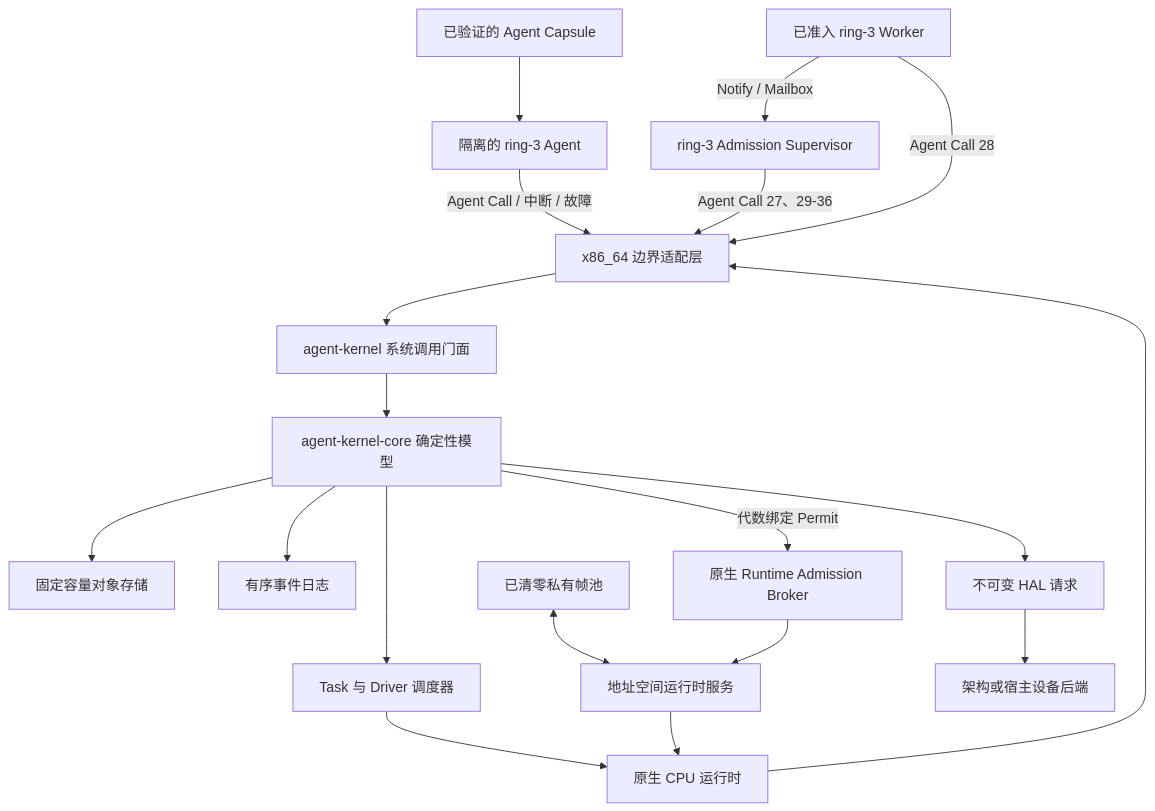
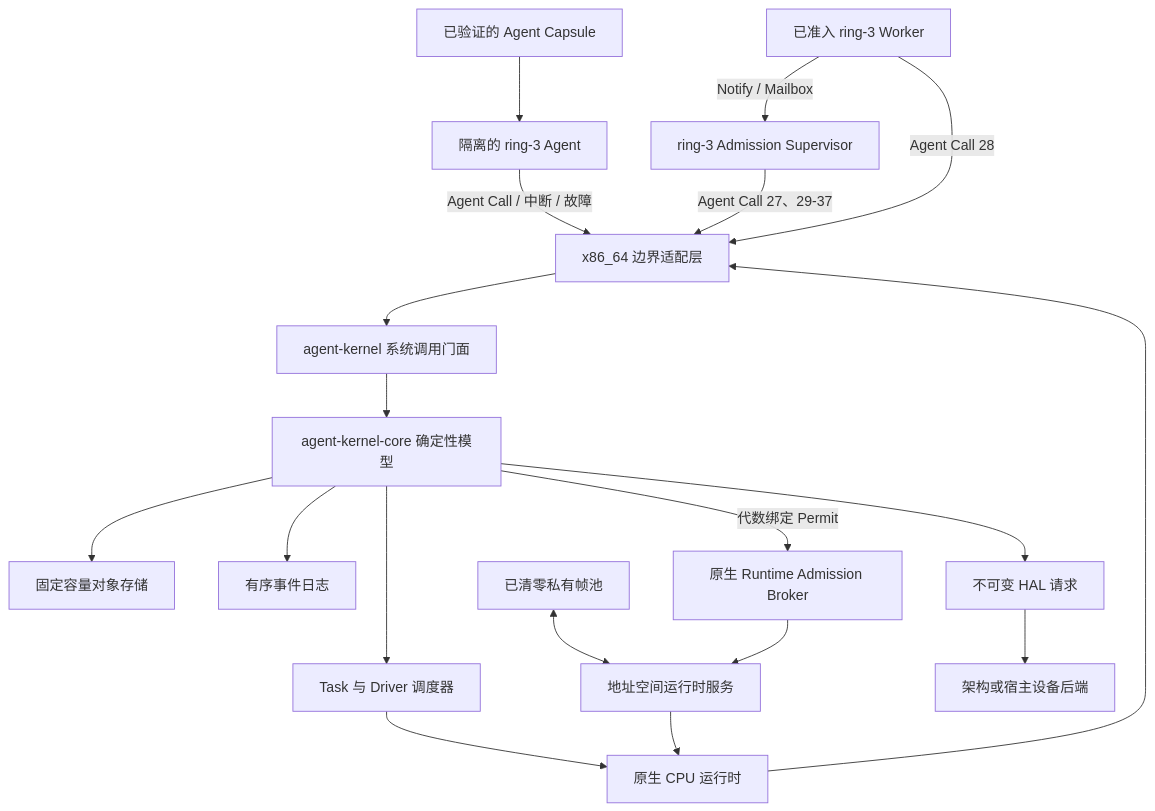
Before and after one commit to Evan-master/agent-kernel: the diagram in README.zh-CN.md, drawn with Mermaid. The commit also changed other lines of this file and 44 other files, not shown here.

````diff
--- a/README.zh-CN.md
+++ b/README.zh-CN.md
@@ -197,21 +209,21 @@
 ```mermaid
 flowchart TB
     Capsule["已验证的 Agent Capsule"] --> Ring3["隔离的 ring-3 Agent"]
     Ring3 -->|"Agent Call / 中断 / 故障"| X86["x86_64 边界适配层"]
     X86 --> Facade["agent-kernel 系统调用门面"]
     Facade --> Core["agent-kernel-core 确定性模型"]
     Core --> Stores["固定容量对象存储"]
     Core --> Events["有序事件日志"]
     Core --> Scheduler["Task 与 Driver 调度器"]
     Scheduler --> Runtime["原生 CPU 运行时"]
     Runtime --> X86
     FramePool["已清零私有帧池"] <--> AddressService["地址空间运行时服务"]
     Broker["原生 Runtime Admission Broker"] --> AddressService
     Core -->|"代数绑定 Permit"| Broker
     AddressService --> Runtime
     Core --> HAL["不可变 HAL 请求"]
     HAL --> Device["架构或宿主设备后端"]
-    Supervisor["ring-3 Admission Supervisor"] -->|"Agent Call 27、29-36"| X86
+    Supervisor["ring-3 Admission Supervisor"] -->|"Agent Call 27、29-37"| X86
     Workers["已准入 ring-3 Worker"] -->|"Agent Call 28"| X86
     Workers -->|"Notify / Mailbox"| Supervisor
 ```
````
